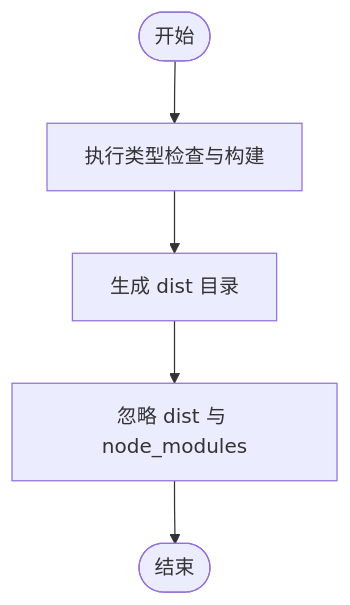
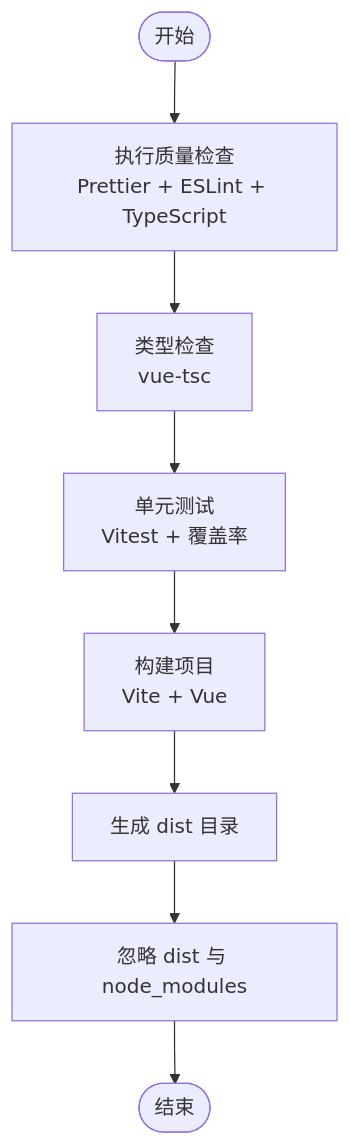
The third of 7 diagrams in .qoder/repowiki/zh/content/部署与运维/部署与运维.md (daoApps/daoApps), drawn with Mermaid before and after one commit. The commit also changed other lines of this file and 7 other files, not shown here.

````diff
--- a/.qoder/repowiki/zh/content/部署与运维/部署与运维.md
+++ b/.qoder/repowiki/zh/content/部署与运维/部署与运维.md
@@ -99,7 +119,10 @@
 ```mermaid
 flowchart TD
-Start(["开始"]) --> DevBuild["执行类型检查与构建"]
-DevBuild --> BuildDist["生成 dist 目录"]
-BuildDist --> Ignore["忽略 dist 与 node_modules"]
+Start(["开始"]) --> QualityCheck["执行质量检查<br/>Prettier + ESLint + TypeScript"]
+QualityCheck --> TypeCheck["类型检查<br/>vue-tsc"]
+TypeCheck --> UnitTest["单元测试<br/>Vitest + 覆盖率"]
+UnitTest --> Build["构建项目<br/>Vite + Vue"]
+Build --> Dist["生成 dist 目录"]
+Dist --> Ignore["忽略 dist 与 node_modules"]
 Ignore --> End(["结束"])
 ```
````
